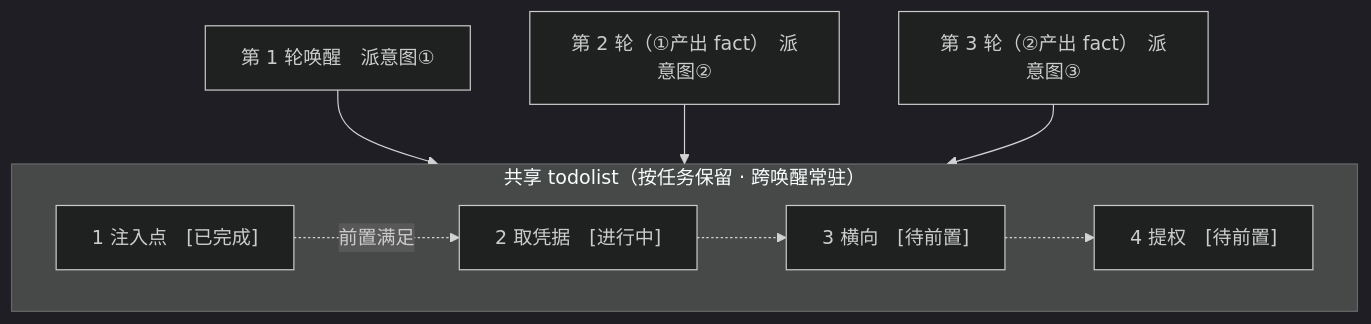
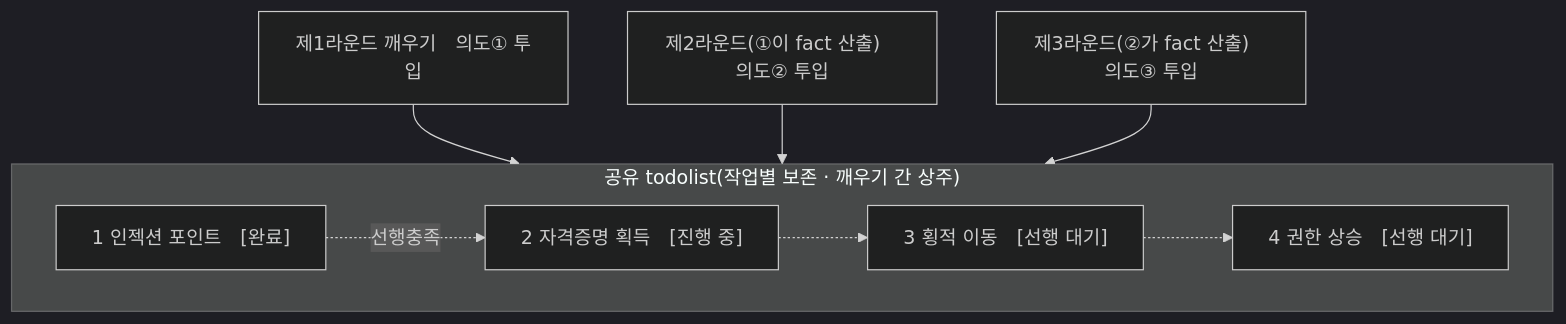
Before and after one commit to Doyoun510/ARTEX_ko: the fifth of 5 diagrams in README.md, drawn with Mermaid (dark theme). The commit also changed other lines of this file and 2 other files, not shown here.

````diff
--- a/README.md
+++ b/README.md
@@ -440,14 +463,14 @@
 ```mermaid
 flowchart TB
-  subgraph TODO["共享 todolist（按任务保留 · 跨唤醒常驻）"]
+  subgraph TODO["공유 todolist(작업별 보존 · 깨우기 간 상주)"]
     direction LR
-    T1["1 注入点　[已完成]"]
-    T2["2 取凭据　[进行中]"]
-    T3["3 横向　[待前置]"]
-    T4["4 提权　[待前置]"]
-    T1 -.前置满足.-> T2 -.-> T3 -.-> T4
+    T1["1 인젝션 포인트　[완료]"]
+    T2["2 자격증명 획득　[진행 중]"]
+    T3["3 횡적 이동　[선행 대기]"]
+    T4["4 권한 상승　[선행 대기]"]
+    T1 -.선행충족.-> T2 -.-> T3 -.-> T4
   end
-  R1["第 1 轮唤醒　派意图①"] --> T1
-  R2["第 2 轮（①产出 fact）　派意图②"] --> T2
-  R3["第 3 轮（②产出 fact）　派意图③"] --> T3
+  R1["제1라운드 깨우기　의도① 투입"] --> T1
+  R2["제2라운드(①이 fact 산출)　의도② 투입"] --> T2
+  R3["제3라운드(②가 fact 산출)　의도③ 투입"] --> T3
 ```
````
